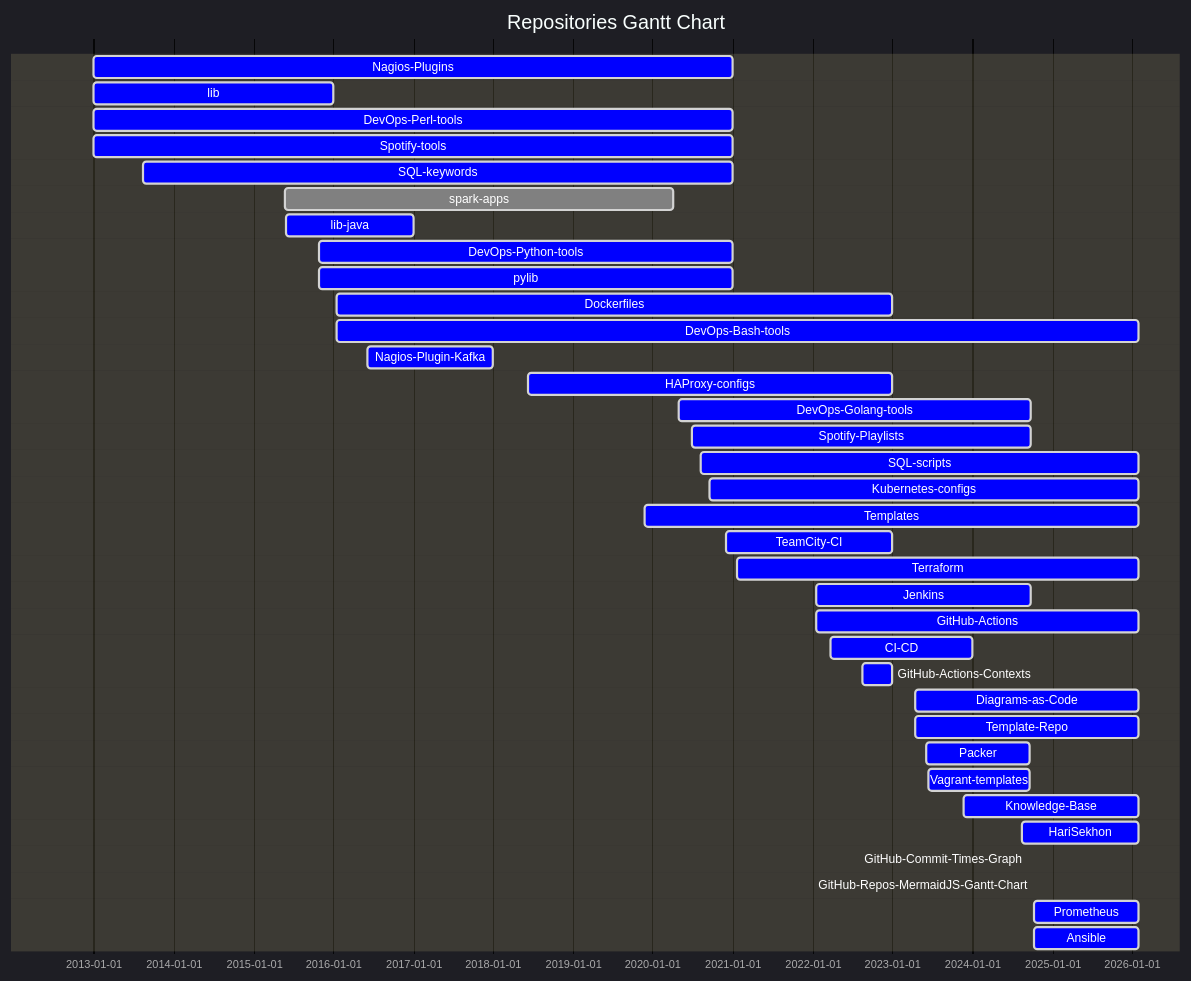
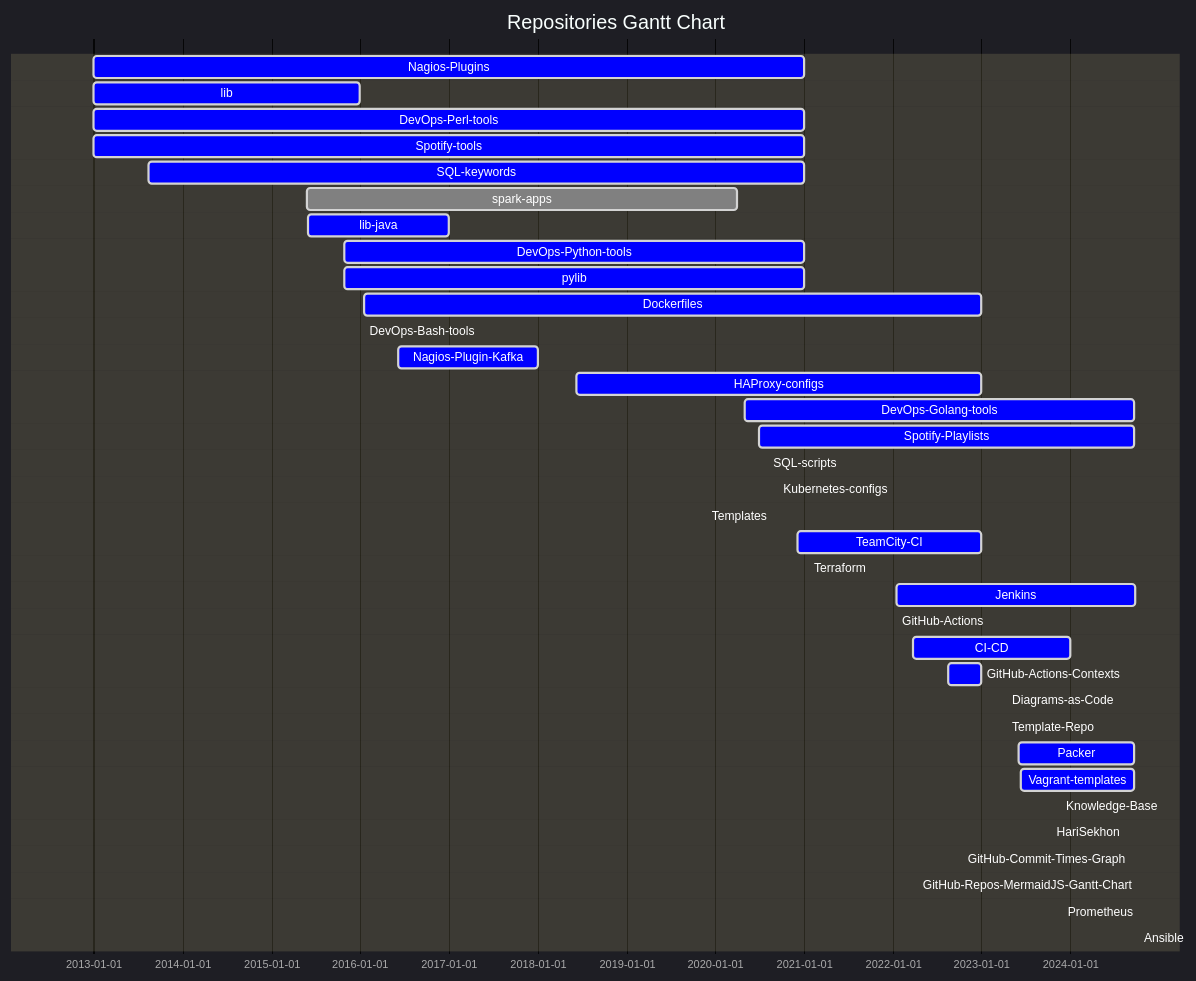
The first of 2 diagrams in README.md (HariSekhon/HariSekhon), drawn with Mermaid before and after one commit. The commit also changed other lines of this file, not shown here.

````diff
--- a/README.md
+++ b/README.md
@@ -1258,58 +1258,58 @@
 ```mermaid
 %%{ init: {
         "topAxis": true,
         "logLevel": "debug",
         'theme': 'dark',
         'themeVariables': {
           'activeTaskBkgColor': '#0000ff',
           'activeTaskBorderColor': 'lightgrey',
           'critBorderColor': 'lightgrey',
           'doneTaskBkgColor': 'grey',
           'doneTaskBorderColor': 'lightgrey',
           'taskBkgColor': 'black',
           'taskBorderColor': 'black',
           'taskTextColor': 'white',
           'taskTextDarkColor': 'white',
           'taskTextLightColor': 'black',
           'todayLineColor': 'red'
         }
     }
 }%%
 gantt
     dateFormat  YYYY-MM-DD
     title Repositories Gantt Chart
     Nagios-Plugins : active, 2012-12-30, 2020-12-31
     lib : active, 2012-12-30, 2015-12-31
     DevOps-Perl-tools : active, 2012-12-30, 2020-12-31
     Spotify-tools : active, 2012-12-30, 2020-12-31
     SQL-keywords : active, 2013-08-13, 2020-12-31
     spark-apps : done, 2015-05-25, 2020-04-02
     lib-java : active, 2015-05-31, 2016-12-31
     DevOps-Python-tools : active, 2015-10-27, 2020-12-31
     pylib : active, 2015-10-27, 2020-12-31
     Dockerfiles : active, 2016-01-17, 2022-12-31
-    DevOps-Bash-tools : active, 2016-01-17, 2026-01-30
+    DevOps-Bash-tools : active, 2016-01-17, 2026-02-30
     Nagios-Plugin-Kafka : active, 2016-06-07, 2017-12-31
     HAProxy-configs : active, 2018-06-08, 2022-12-31
     DevOps-Golang-tools : active, 2020-04-30, 2024-09-22
     Spotify-Playlists : active, 2020-06-29, 2024-09-22
-    SQL-scripts : active, 2020-08-05, 2026-01-30
-    Kubernetes-configs : active, 2020-09-16, 2026-01-30
-    Templates : active, 2019-11-25, 2026-01-30
+    SQL-scripts : active, 2020-08-05, 2026-02-30
+    Kubernetes-configs : active, 2020-09-16, 2026-02-30
+    Templates : active, 2019-11-25, 2026-02-30
     TeamCity-CI : active, 2020-12-03, 2022-12-31
-    Terraform : active, 2021-01-18, 2026-01-30
+    Terraform : active, 2021-01-18, 2026-02-30
     Jenkins : active, 2022-01-17, 2024-09-23
-    GitHub-Actions : active, 2022-01-17, 2026-01-30
+    GitHub-Actions : active, 2022-01-17, 2026-02-30
     CI-CD : active, 2022-03-25, 2023-12-31
     GitHub-Actions-Contexts : active, 2022-08-17, 2022-12-31
-    Diagrams-as-Code : active, 2023-04-14, 2026-01-30
-    Template-Repo : active, 2023-04-15, 2026-01-30
+    Diagrams-as-Code : active, 2023-04-14, 2026-02-30
+    Template-Repo : active, 2023-04-15, 2026-02-30
     Packer : active, 2023-06-02, 2024-09-21
     Vagrant-templates : active, 2023-06-12, 2024-09-21
-    Knowledge-Base : active, 2023-11-22, 2026-01-30
-    HariSekhon : active, 2024-08-14, 2026-01-30
+    Knowledge-Base : active, 2023-11-22, 2026-02-30
+    HariSekhon : active, 2024-08-14, 2026-02-30
     GitHub-Commit-Times-Graph : active, 2024-09-07, 2024-09-08
     GitHub-Repos-MermaidJS-Gantt-Chart : active, 2024-10-02, 2024-10-03
-    Prometheus : active, 2024-10-08, 2026-01-30
-    Ansible : active, 2024-10-08, 2026-01-30
+    Prometheus : active, 2024-10-08, 2026-02-30
+    Ansible : active, 2024-10-08, 2026-02-30
 ```
````
